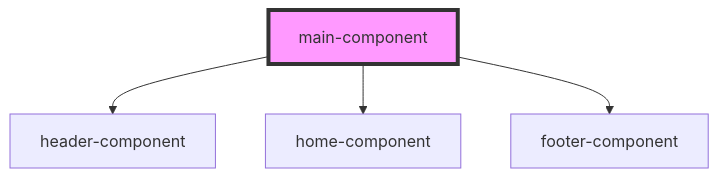
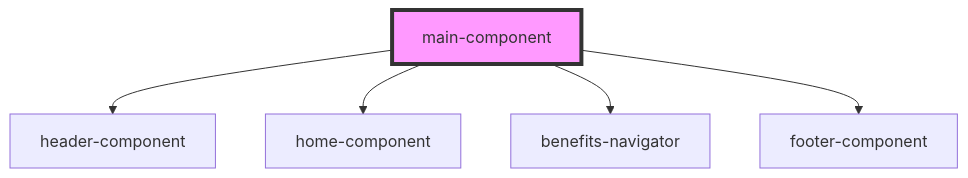
Before and after one commit to preethamreddy9998/stencil: the diagram in src/components/pages/main-component/readme.md, drawn with Mermaid. The commit also changed other lines of this file and 60 other files, not shown here.

````diff
--- a/src/components/pages/main-component/readme.md
+++ b/src/components/pages/main-component/readme.md
@@ -17,7 +18,8 @@
 ```mermaid
 graph TD;
   main-component --> header-component
   main-component --> home-component
+  main-component --> benefits-navigator
   main-component --> footer-component
   style main-component fill:#f9f,stroke:#333,stroke-width:4px
 ```
````
